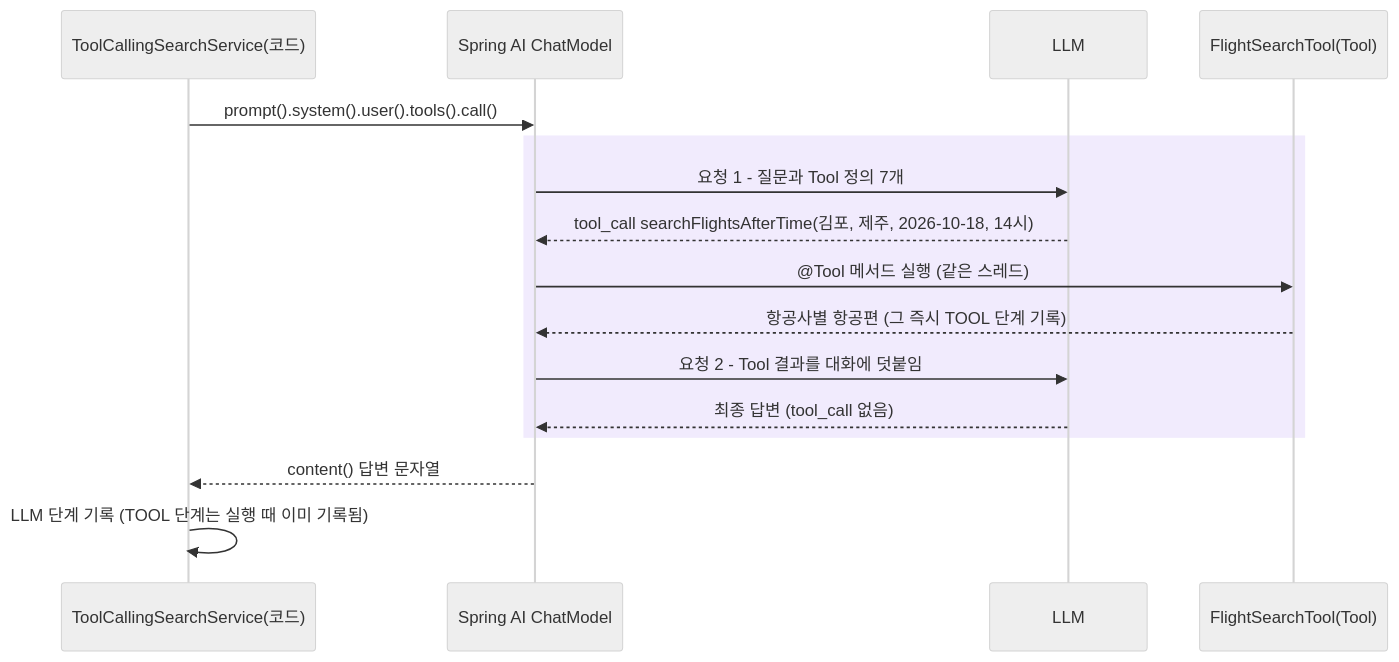
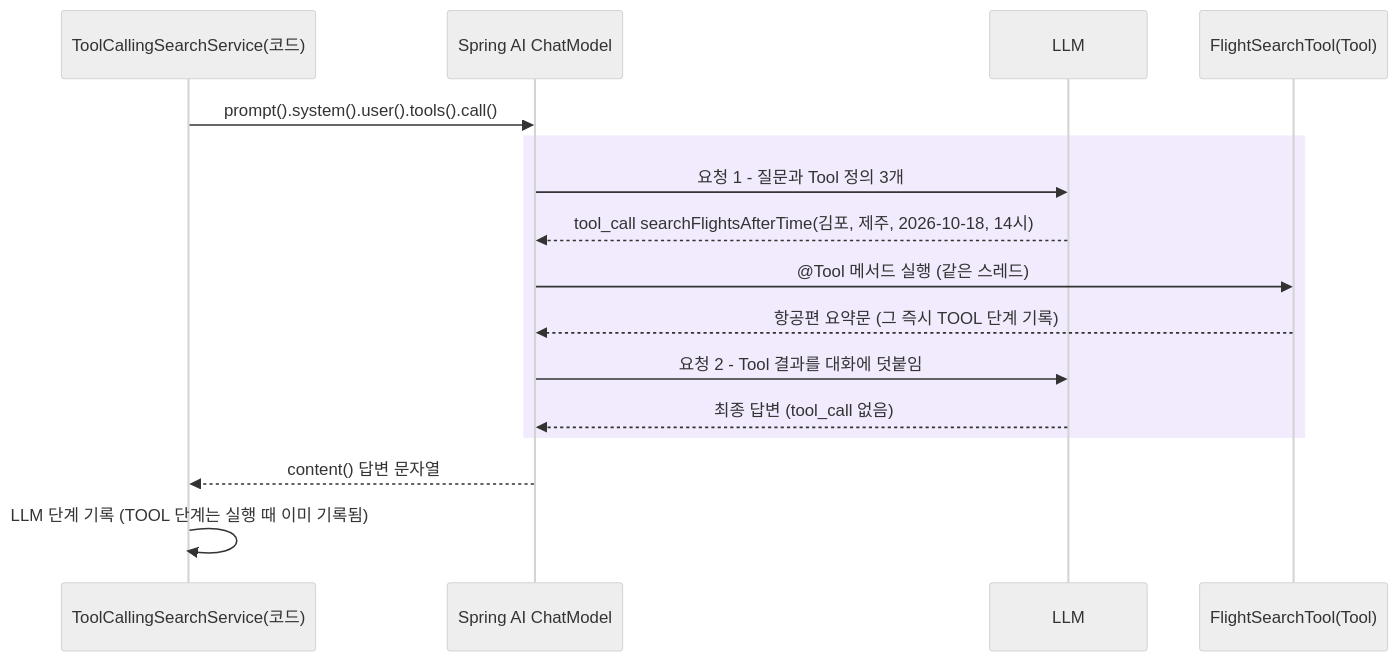
Before and after one commit to nhn-academy-marco/ai-fly-schedule: the first of 2 diagrams in docs/08-tool-calling-agent.md, drawn with Mermaid (neutral theme). The commit also changed other lines of this file and 13 other files, not shown here.

````diff
--- a/docs/08-tool-calling-agent.md
+++ b/docs/08-tool-calling-agent.md
@@ -91,18 +94,18 @@
 ```mermaid
 sequenceDiagram
     participant S as ToolCallingSearchService(코드)
     participant AI as Spring AI ChatModel
     participant L as LLM
     participant T as FlightSearchTool(Tool)
     S->>AI: prompt().system().user().tools().call()
     rect rgb(241,235,253)
-        AI->>L: 요청 1 - 질문과 Tool 정의 7개
+        AI->>L: 요청 1 - 질문과 Tool 정의 3개
         L-->>AI: tool_call searchFlightsAfterTime(김포, 제주, 2026-10-18, 14시)
         AI->>T: @Tool 메서드 실행 (같은 스레드)
-        T-->>AI: 항공사별 항공편 (그 즉시 TOOL 단계 기록)
+        T-->>AI: 항공편 요약문 (그 즉시 TOOL 단계 기록)
         AI->>L: 요청 2 - Tool 결과를 대화에 덧붙임
         L-->>AI: 최종 답변 (tool_call 없음)
     end
     AI-->>S: content() 답변 문자열
     S->>S: LLM 단계 기록 (TOOL 단계는 실행 때 이미 기록됨)
 ```
````
